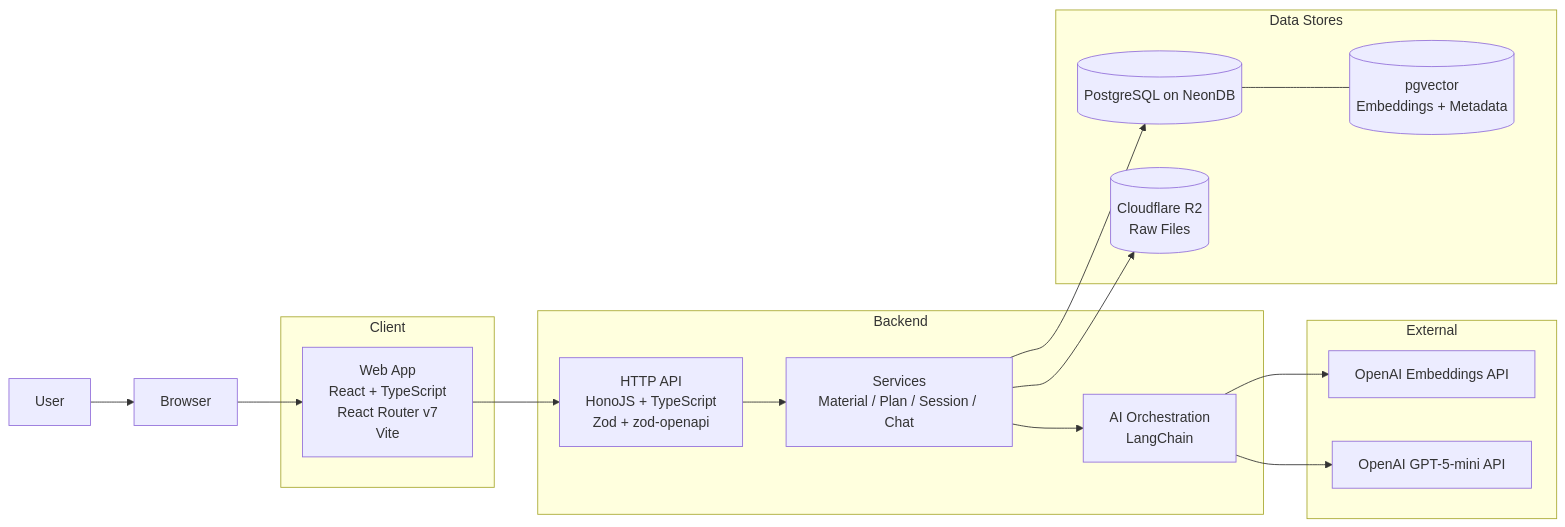
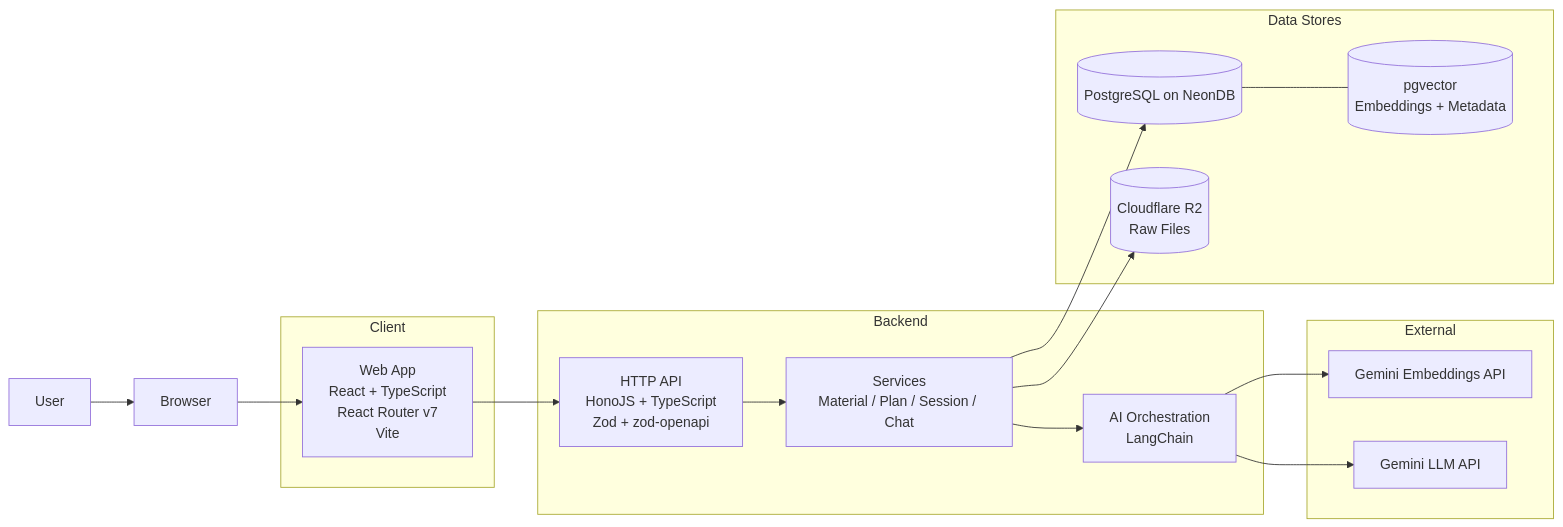
One commit to qaws7791/turbo-hono-next changed the first of 7 diagrams in docs/04-engineering/architecture.md. Above: the diagram before and after it, drawn with Mermaid. The commit also changed other lines of this file and 49 other files, not shown here.

````diff
--- a/docs/04-engineering/architecture.md
+++ b/docs/04-engineering/architecture.md
@@ -32,34 +32,34 @@
 ```mermaid
 flowchart LR
   U[User] --> B[Browser]
 
   subgraph C[Client]
     FE[Web App\nReact + TypeScript\nReact Router v7\nVite]
   end
 
   subgraph S[Backend]
     API[HTTP API\nHonoJS + TypeScript\nZod + zod-openapi]
     SV[Services\nMaterial / Plan / Session / Chat]
     AI[AI Orchestration\nLangChain]
   end
 
   subgraph D[Data Stores]
     DB[(PostgreSQL on NeonDB)]
     VEC[(pgvector\nEmbeddings + Metadata)]
     R2[(Cloudflare R2\nRaw Files)]
   end
 
   subgraph X[External]
-    OAIE[OpenAI Embeddings API]
-    OAIL[OpenAI GPT-5-mini API]
+    GEME[Gemini Embeddings API]
+    GEML[Gemini LLM API]
   end
 
   B --> FE --> API
   API --> SV
   SV --> DB
   SV --> R2
   SV --> AI
-  AI --> OAIE
-  AI --> OAIL
+  AI --> GEME
+  AI --> GEML
   DB --- VEC
 ```
````
